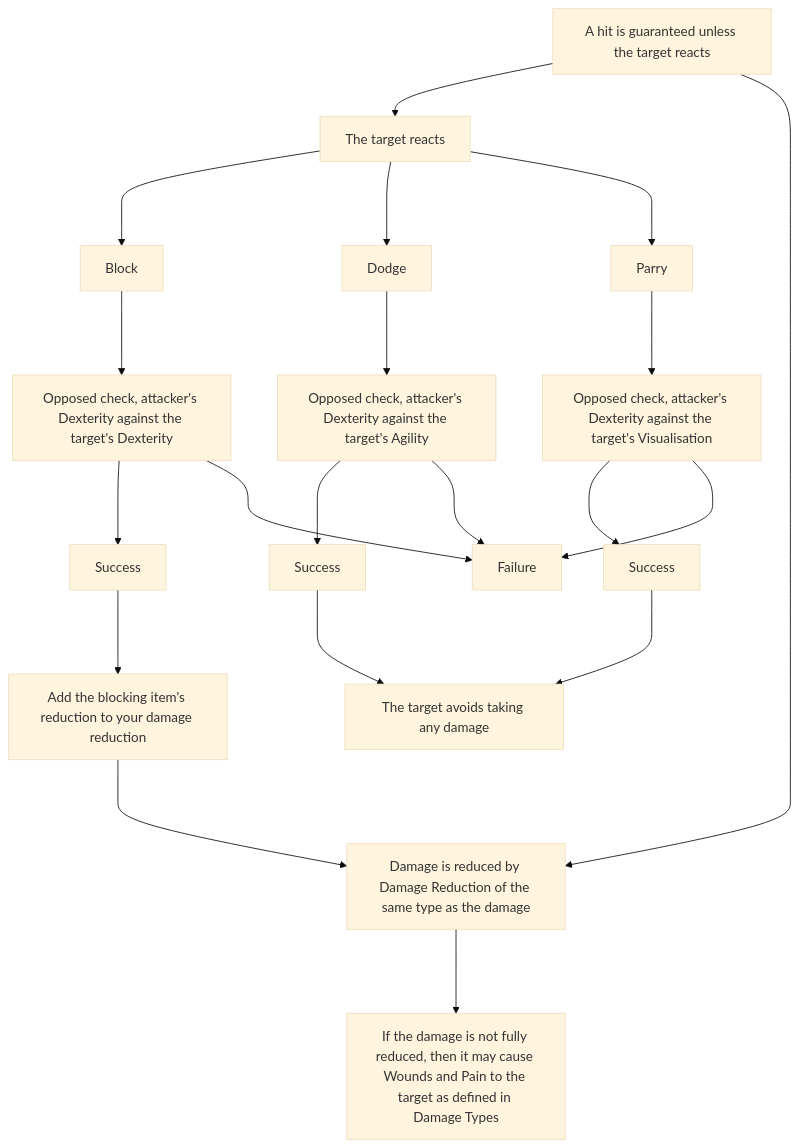
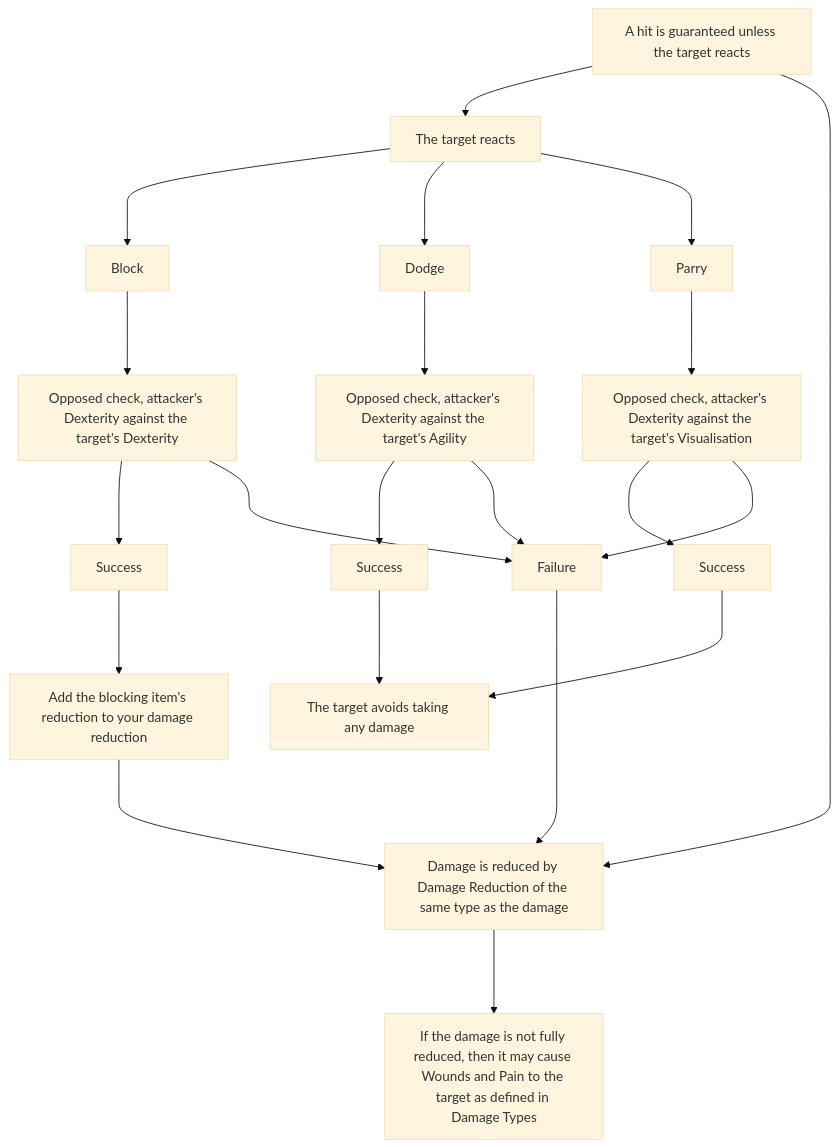
The diagram in Combat/Attacking.md (Virmons/Abbrew), drawn with Mermaid (base theme) before and after one commit.

Commit message:
Update Flow diagram

````diff
--- a/Combat/Attacking.md
+++ b/Combat/Attacking.md
@@ -24,23 +24,24 @@
 ```mermaid
 graph TD
 Hit[A hit is guaranteed unless the target reacts]-->Reaction[The target reacts]
 Hit--->DamageReduction[Damage is reduced by Damage Reduction of the same type as the damage]
 Reaction--->Block
 Reaction--->Dodge
 Reaction--->Parry
 Block--->BlockCheck[Opposed check, attacker's Dexterity against the target's Dexterity]
 Dodge--->DodgeCheck[Opposed check, attacker's Dexterity against the target's Agility]
 Parry--->ParryCheck[Opposed check, attacker's Dexterity against the target's Visualisation]
 BlockCheck--->BlockSuccess[Success]
 BlockSuccess--->BlockResult[Add the blocking item's reduction to your damage reduction]
 BlockCheck--->ReactionFailure[Failure]
 DodgeCheck--->DodgeSuccess[Success]
 DodgeCheck--->ReactionFailure[Failure]
 ParryCheck--->ParrySuccess[Success]
 ParryCheck--->ReactionFailure[Failure]
 DodgeSuccess--->NoDamage
 ParrySuccess--->NoDamage
 NoDamage[The target avoids taking any damage]
 BlockResult--->DamageReduction
 DamageReduction--->ResolveWounds[If the damage is not fully reduced, then it may cause Wounds and Pain to the target as defined in Damage Types]
+ReactionFailure--->DamageReduction
 ```
````
